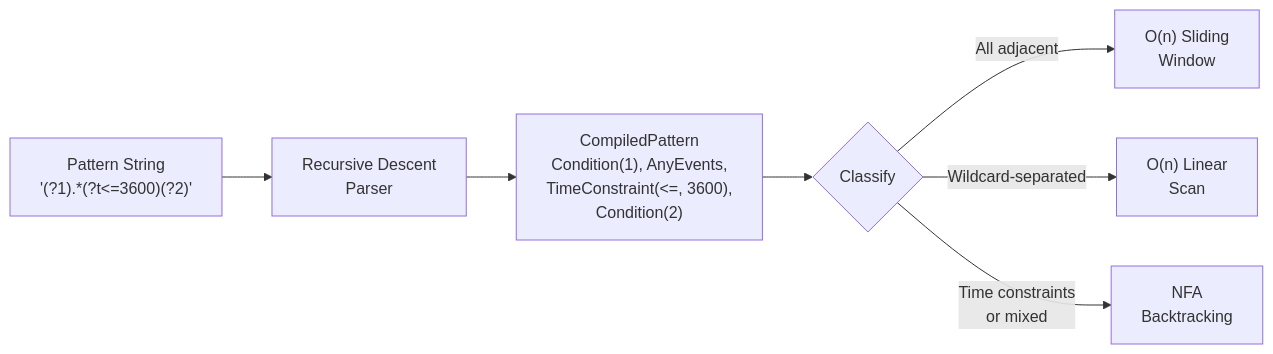
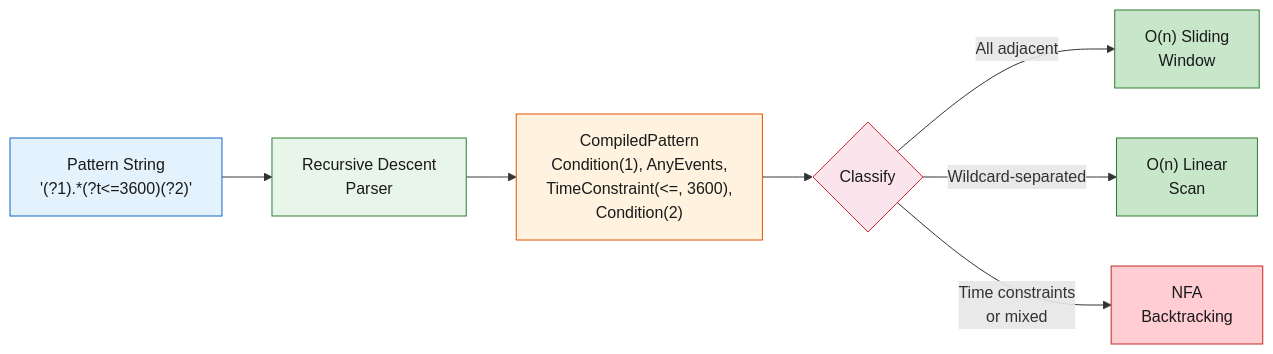
One commit to tomtom215/duckdb-behavioral changed the fourth of 4 diagrams in docs/src/engineering.md. Above: the diagram before and after it, drawn with Mermaid. The commit also changed other lines of this file and 33 other files, not shown here.

````diff
--- a/docs/src/engineering.md
+++ b/docs/src/engineering.md
@@ -341,9 +357,17 @@
 ```mermaid
 flowchart LR
     SQL["Pattern String<br/>'(?1).*(?t<=3600)(?2)'"] --> PARSE["Recursive Descent<br/>Parser"]
     PARSE --> STEPS["CompiledPattern<br/>Condition(1), AnyEvents,<br/>TimeConstraint(<=, 3600),<br/>Condition(2)"]
     STEPS --> CLASS{Classify}
     CLASS -->|"All adjacent"| FAST1["O(n) Sliding<br/>Window"]
     CLASS -->|"Wildcard-separated"| FAST2["O(n) Linear<br/>Scan"]
     CLASS -->|"Time constraints<br/>or mixed"| NFA["NFA<br/>Backtracking"]
+
+    style SQL fill:#e3f2fd,stroke:#1565c0,color:#1a1a1a
+    style PARSE fill:#e8f5e9,stroke:#2e7d32,color:#1a1a1a
+    style STEPS fill:#fff3e0,stroke:#e65100,color:#1a1a1a
+    style CLASS fill:#fce4ec,stroke:#c62828,color:#1a1a1a
+    style FAST1 fill:#c8e6c9,stroke:#2e7d32,color:#1a1a1a
+    style FAST2 fill:#c8e6c9,stroke:#2e7d32,color:#1a1a1a
+    style NFA fill:#ffcdd2,stroke:#c62828,color:#1a1a1a
 ```
````
